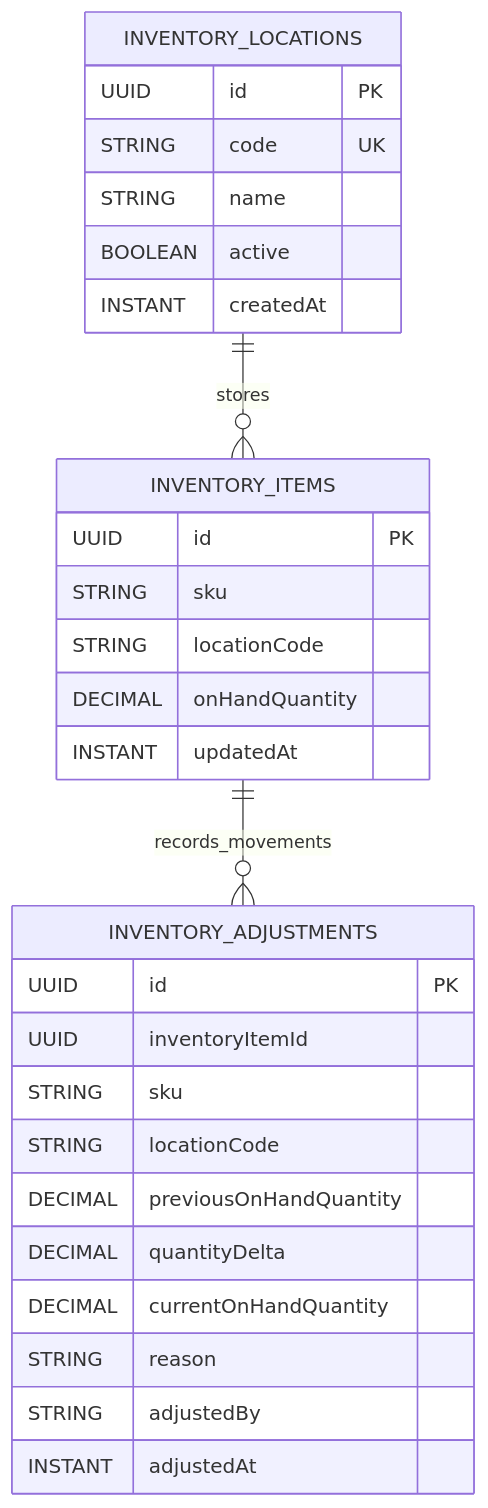
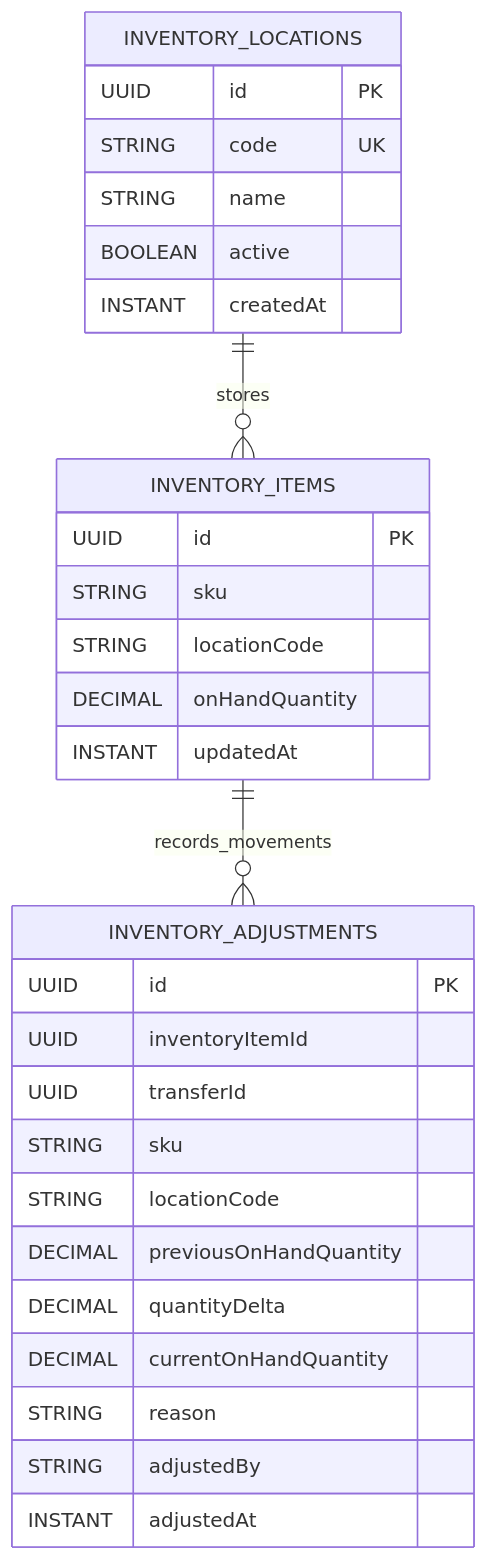
One commit to ArcanaERP/platform changed the diagram in docs/inventory-data-model.md. Above: the diagram before and after it, drawn with Mermaid. The commit also changed other lines of this file and 13 other files, not shown here.

````diff
--- a/docs/inventory-data-model.md
+++ b/docs/inventory-data-model.md
@@ -7,34 +7,35 @@
 ```mermaid
 erDiagram
     INVENTORY_LOCATIONS ||--o{ INVENTORY_ITEMS : stores
     INVENTORY_ITEMS ||--o{ INVENTORY_ADJUSTMENTS : records_movements
 
     INVENTORY_LOCATIONS {
       UUID id PK
       STRING code UK
       STRING name
       BOOLEAN active
       INSTANT createdAt
     }
 
     INVENTORY_ITEMS {
       UUID id PK
       STRING sku
       STRING locationCode
       DECIMAL onHandQuantity
       INSTANT updatedAt
     }
 
     INVENTORY_ADJUSTMENTS {
       UUID id PK
       UUID inventoryItemId
+      UUID transferId
       STRING sku
       STRING locationCode
       DECIMAL previousOnHandQuantity
       DECIMAL quantityDelta
       DECIMAL currentOnHandQuantity
       STRING reason
       STRING adjustedBy
       INSTANT adjustedAt
     }
 ```
````
